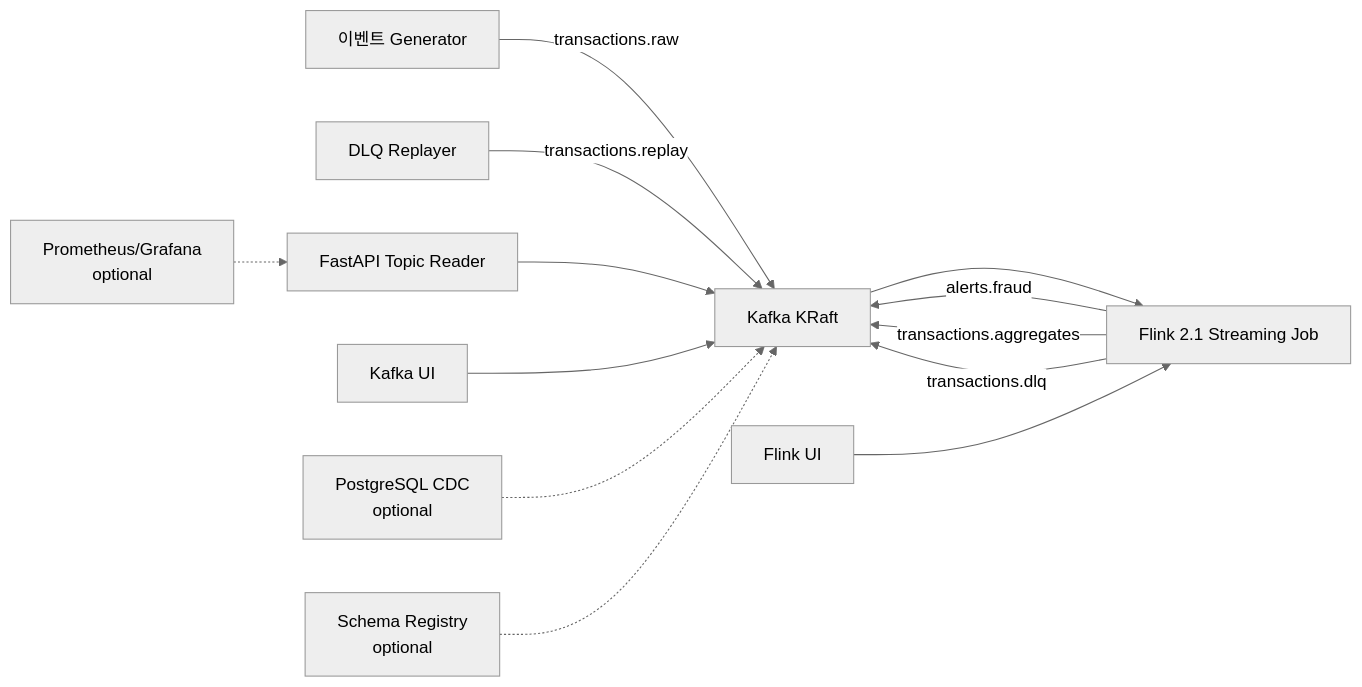
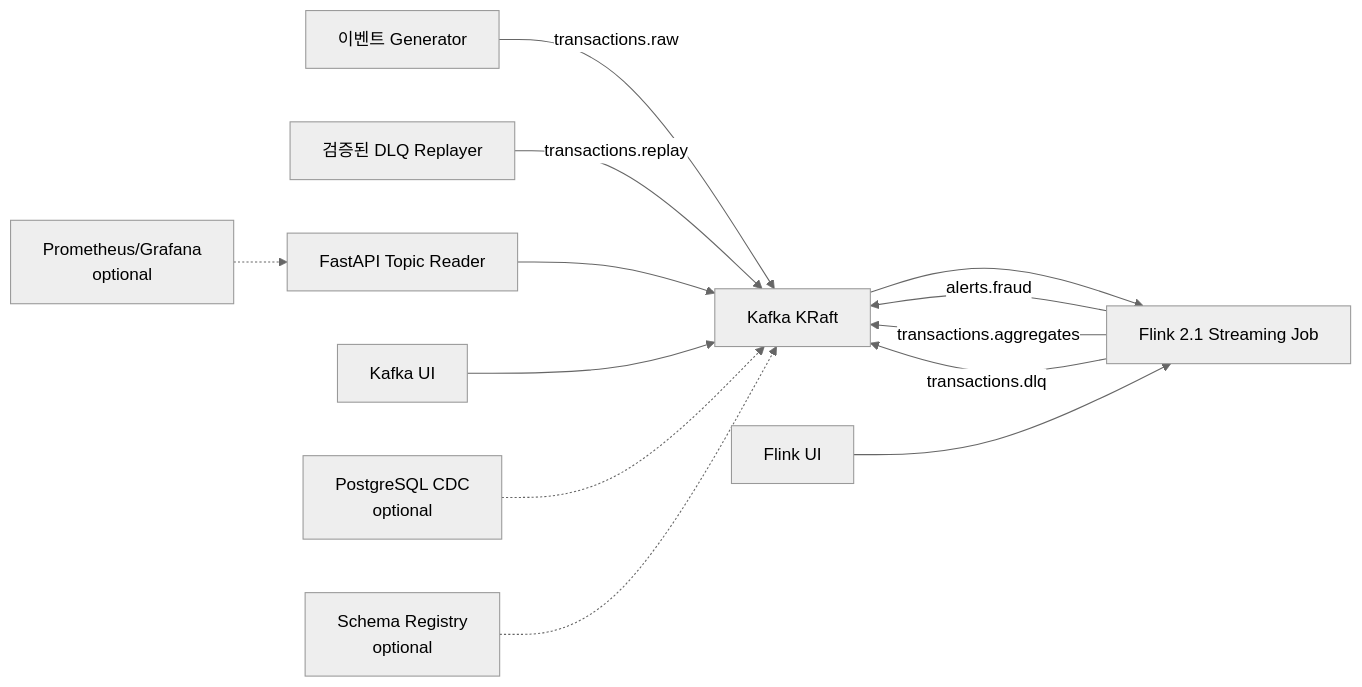
The diagram in README.md (jaejungscene/flink-kafka-realtime-lab), drawn with Mermaid (neutral theme) before and after one commit. The commit also changed other lines of this file and 19 other files, not shown here.

````diff
--- a/README.md
+++ b/README.md
@@ -20,15 +21,15 @@
 ```mermaid
 flowchart LR
     G["이벤트 Generator"] -->|transactions.raw| K["Kafka KRaft"]
-    R["DLQ Replayer"] -->|transactions.replay| K
+    R["검증된 DLQ Replayer"] -->|transactions.replay| K
     K --> F["Flink 2.1 Streaming Job"]
     F -->|alerts.fraud| K
     F -->|transactions.aggregates| K
     F -->|transactions.dlq| K
     API["FastAPI Topic Reader"] --> K
     UI["Kafka UI"] --> K
     FU["Flink UI"] --> F
     PG["PostgreSQL CDC<br/>optional"] -.-> K
     SR["Schema Registry<br/>optional"] -.-> K
     OBS["Prometheus/Grafana<br/>optional"] -.-> API
 ```
````
